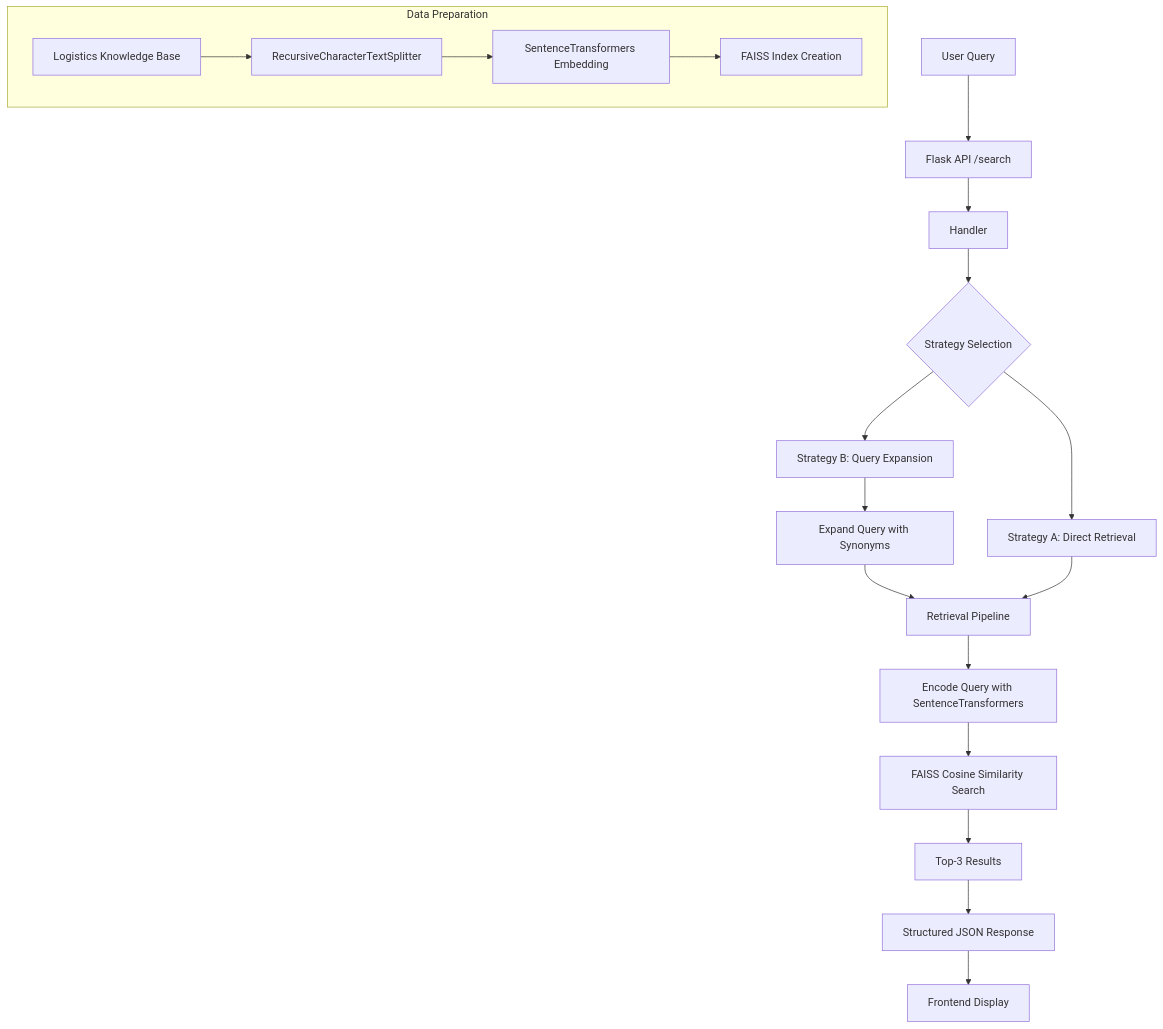
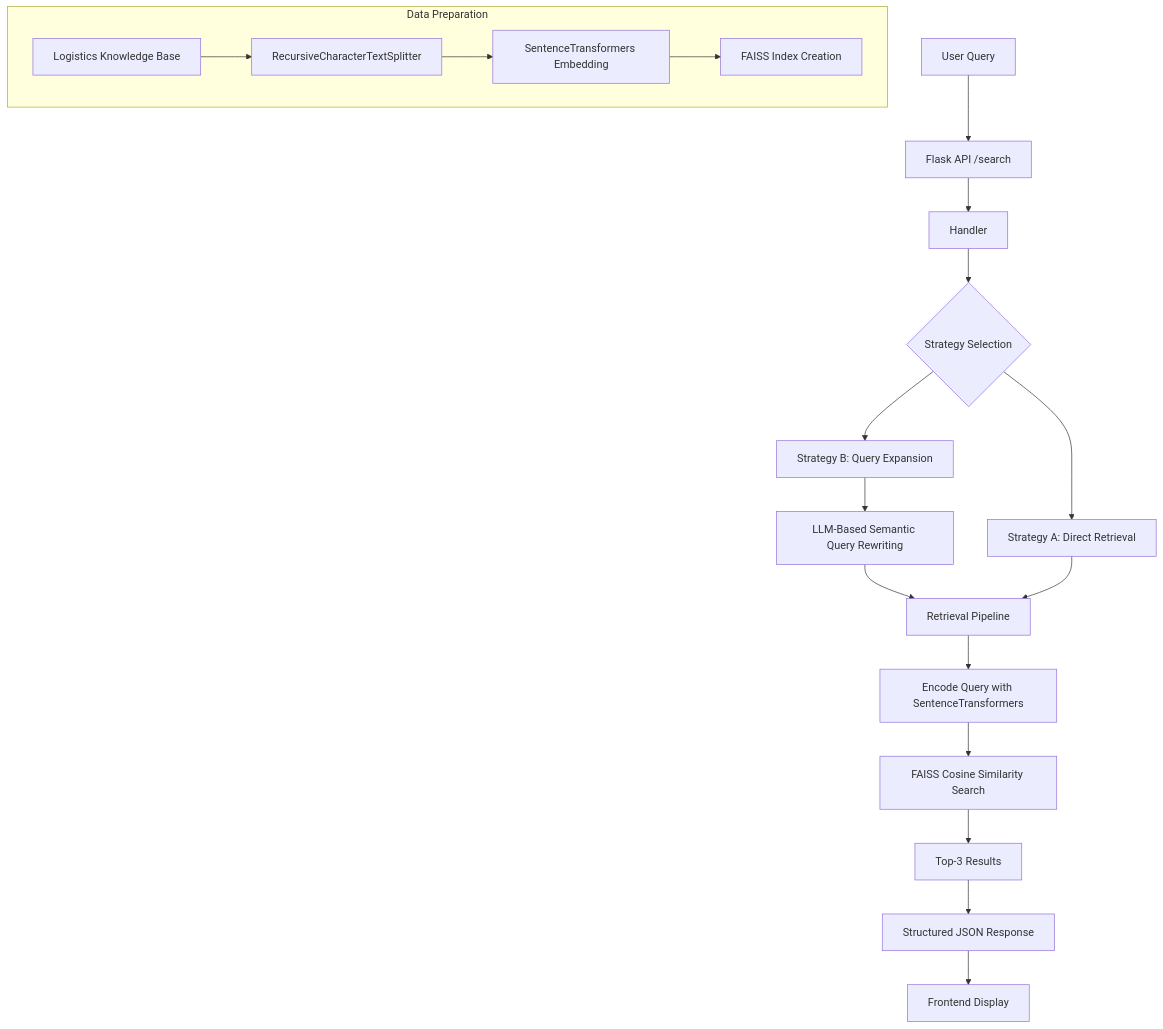
Before and after one commit to PratyayPrasoon19/Context-Aware-Retrieval-Engine: the diagram in README.md, drawn with Mermaid. The commit also changed other lines of this file and 5 other files, not shown here.

````diff
--- a/README.md
+++ b/README.md
@@ -34,22 +34,22 @@
 ```mermaid
 graph TD
     A[User Query] --> B[Flask API /search]
     B --> C[Handler]
     C --> D{Strategy Selection}
     D --> E[Strategy A: Direct Retrieval]
     D --> F[Strategy B: Query Expansion]
-    F --> G[Expand Query with Synonyms]
+    F --> G[LLM-Based Semantic Query Rewriting]
     G --> H[Retrieval Pipeline]
     E --> H
     H --> I[Encode Query with SentenceTransformers]
     I --> J[FAISS Cosine Similarity Search]
     J --> K[Top-3 Results]
     K --> L[Structured JSON Response]
     L --> M[Frontend Display]
 
     subgraph "Data Preparation"
         N[Logistics Knowledge Base] --> O[RecursiveCharacterTextSplitter]
         O --> P[SentenceTransformers Embedding]
         P --> Q[FAISS Index Creation]
     end
 ```
````
